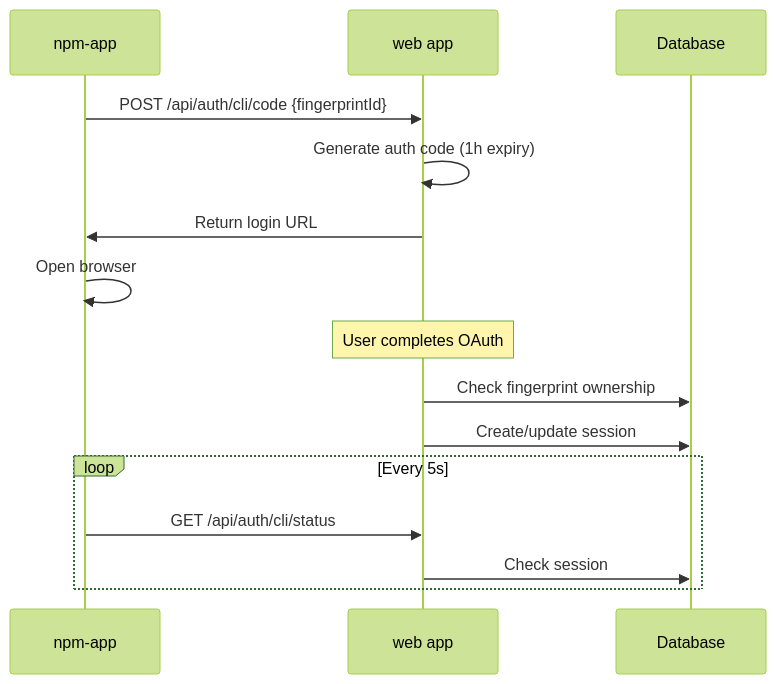
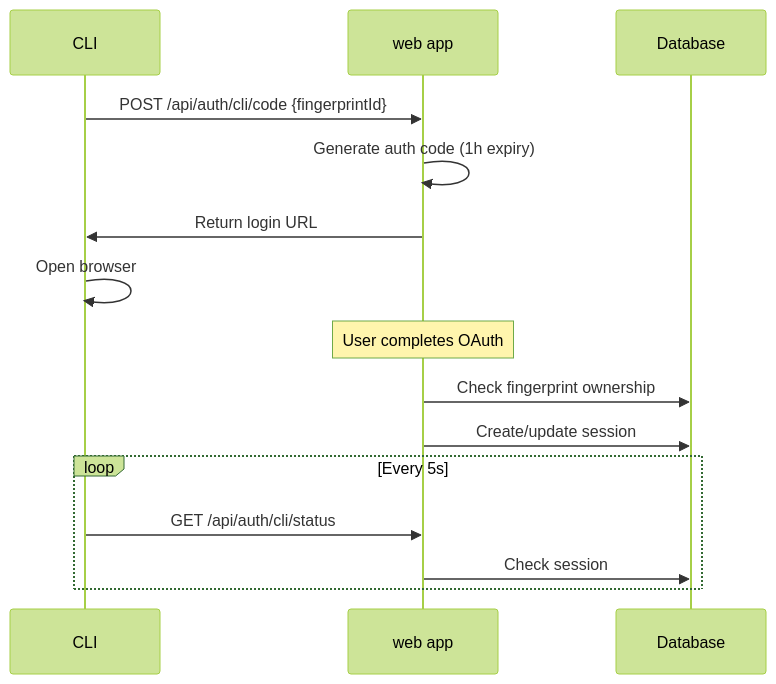
One commit to innotelinc/jesus changed the diagram in apps/freebuff/authentication.knowledge.md. Above: the diagram before and after it, drawn with Mermaid (forest theme). The commit also changed other lines of this file and 235 other files, not shown here.

````diff
--- a/apps/freebuff/authentication.knowledge.md
+++ b/apps/freebuff/authentication.knowledge.md
@@ -9,18 +9,18 @@
 ```mermaid
 sequenceDiagram
-    participant CLI as npm-app
+    participant CLI as CLI
     participant Web as web app
     participant DB as Database
 
     CLI->>Web: POST /api/auth/cli/code {fingerprintId}
     Web->>Web: Generate auth code (1h expiry)
     Web->>CLI: Return login URL
     CLI->>CLI: Open browser
     Note over Web: User completes OAuth
     Web->>DB: Check fingerprint ownership
     Web->>DB: Create/update session
     loop Every 5s
         CLI->>Web: GET /api/auth/cli/status
         Web->>DB: Check session
     end
 ```
````
